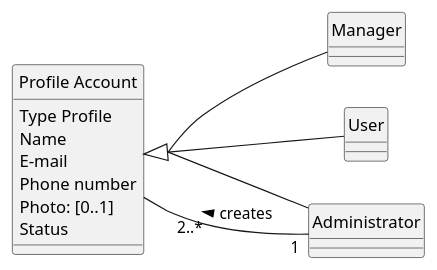
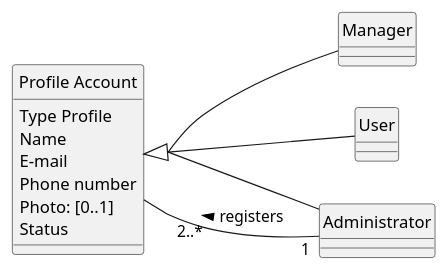
The diagram in docs/modelling_design/user_stories/us002/US002_RegisterUserDMD.puml (ivo-menezes/project_g3), drawn with PlantUML before and after one commit. The commit also changed 2 other files, not shown here.

```diff
--- a/docs/modelling_design/user_stories/us002/US002_RegisterUserDMD.puml
+++ b/docs/modelling_design/user_stories/us002/US002_RegisterUserDMD.puml
@@ -1,22 +1,22 @@
 @startuml
 skinparam style strictuml
 left to right direction
 skinparam groupInheritance 3
 
  class "Profile Account" as Profile {
    Type Profile
    Name
    E-mail
    Phone number
    Photo: [0..1]
    'the [0..1] in Photo indicates an optional value, see Craig 2004, p.121
    Status
  }
 
 Profile <|-- Manager
 Profile <|-- User
 Profile <|-- Administrator
 
-Administrator "1" -- "2..*" Profile: creates >
+Administrator "1" -- "2..*" Profile: registers >
 
 @enduml
```
